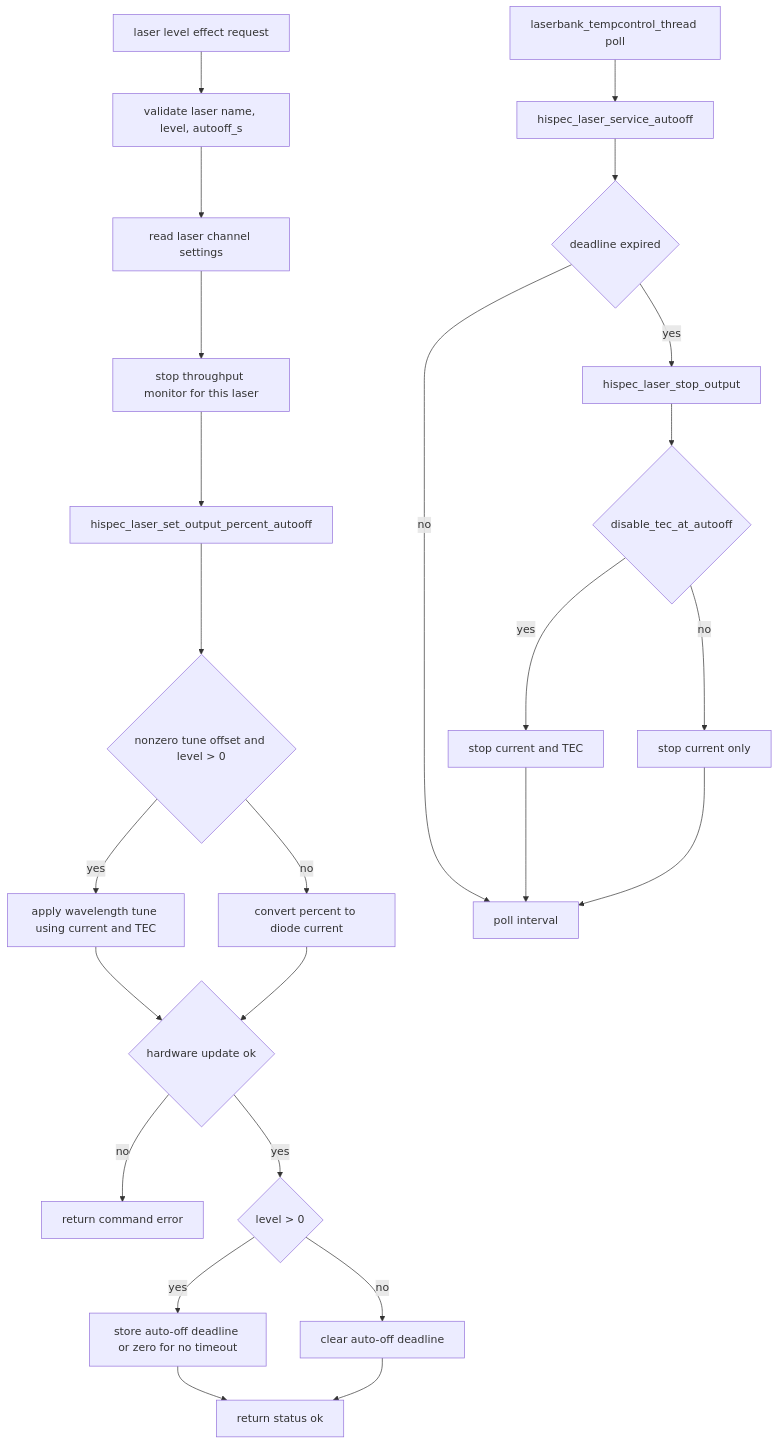
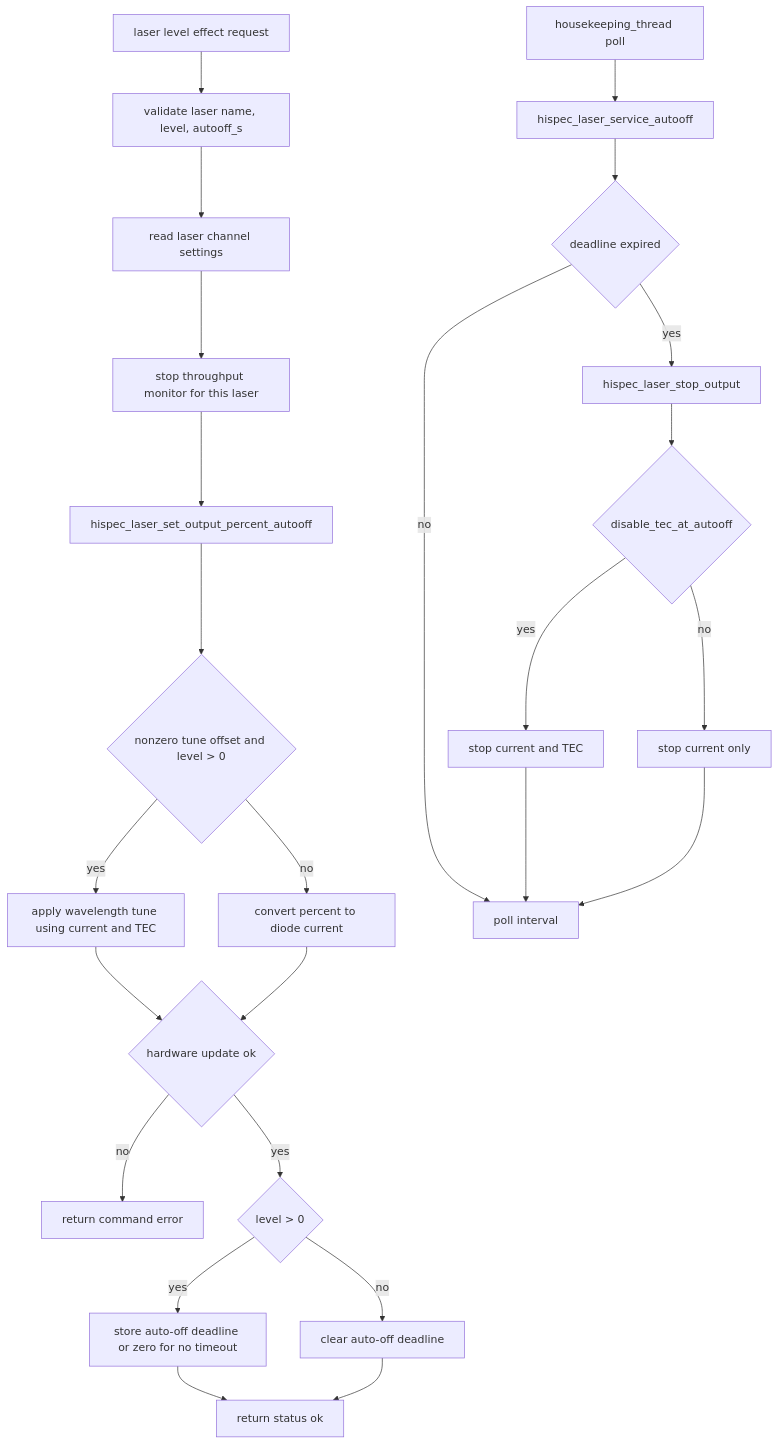
Before and after one commit to COO-Utilities/hispec-tib: diagram 21 of 22 in doc/diagrams.md, drawn with Mermaid. The commit also changed other lines of this file and 11 other files, not shown here.

````diff
--- a/doc/diagrams.md
+++ b/doc/diagrams.md
@@ -451,28 +449,28 @@
 ```mermaid
 flowchart TD
   Request[laser level effect request] --> Parse[validate laser name, level, autooff_s]
   Parse --> Settings[read laser channel settings]
   Settings --> StopTP[stop throughput monitor for this laser]
   StopTP --> SetOutput[hispec_laser_set_output_percent_autooff]
   SetOutput --> Tuned{nonzero tune offset and level > 0}
   Tuned -- yes --> Tune[apply wavelength tune using current and TEC]
   Tuned -- no --> Percent[convert percent to diode current]
   Tune --> Applied{hardware update ok}
   Percent --> Applied
   Applied -- no --> Error[return command error]
   Applied -- yes --> LevelPositive{level > 0}
   LevelPositive -- yes --> Deadline[store auto-off deadline or zero for no timeout]
   LevelPositive -- no --> Clear[clear auto-off deadline]
   Deadline --> Ok[return status ok]
   Clear --> Ok
 
-  BankControl[laserbank_tempcontrol_thread poll] --> Service[hispec_laser_service_autooff]
+  BankControl[housekeeping_thread poll] --> Service[hispec_laser_service_autooff]
   Service --> Expired{deadline expired}
   Expired -- no --> Wait[poll interval]
   Expired -- yes --> StopOutput[hispec_laser_stop_output]
   StopOutput --> DisableTec{disable_tec_at_autooff}
   DisableTec -- yes --> TecOff[stop current and TEC]
   DisableTec -- no --> CurrentOff[stop current only]
   TecOff --> Wait
   CurrentOff --> Wait
 ```
````
